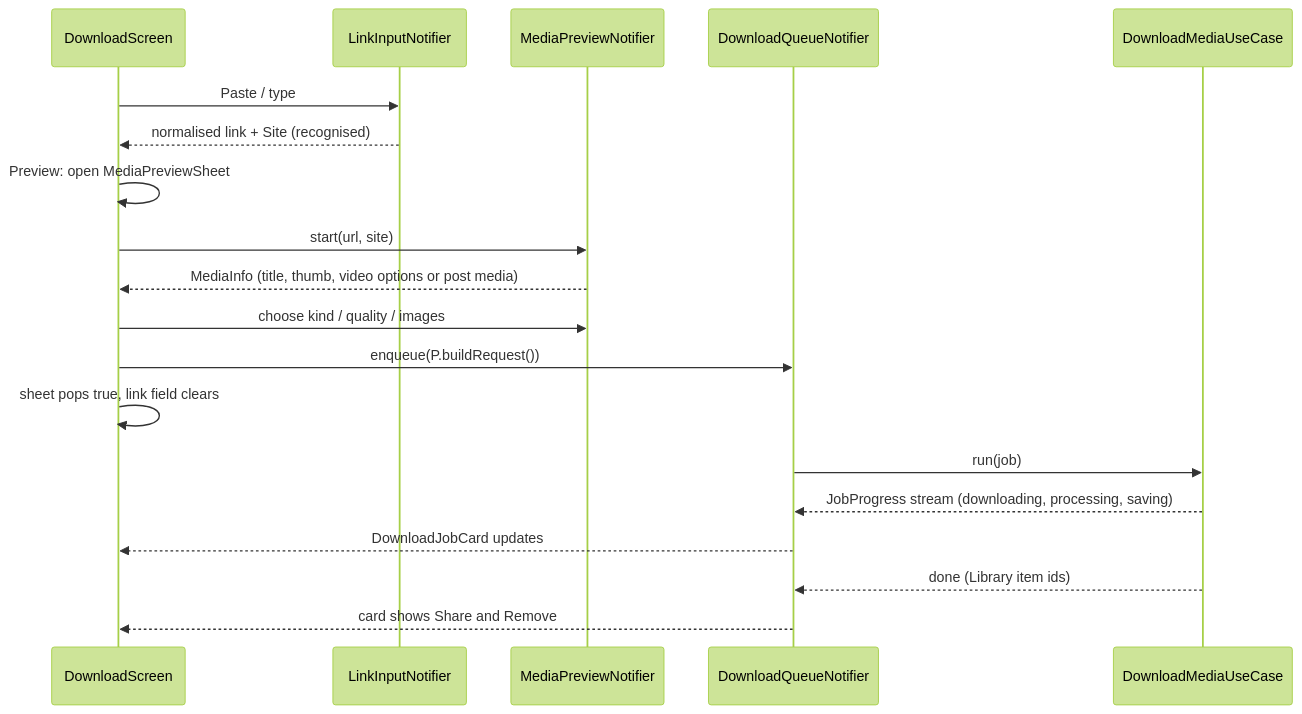
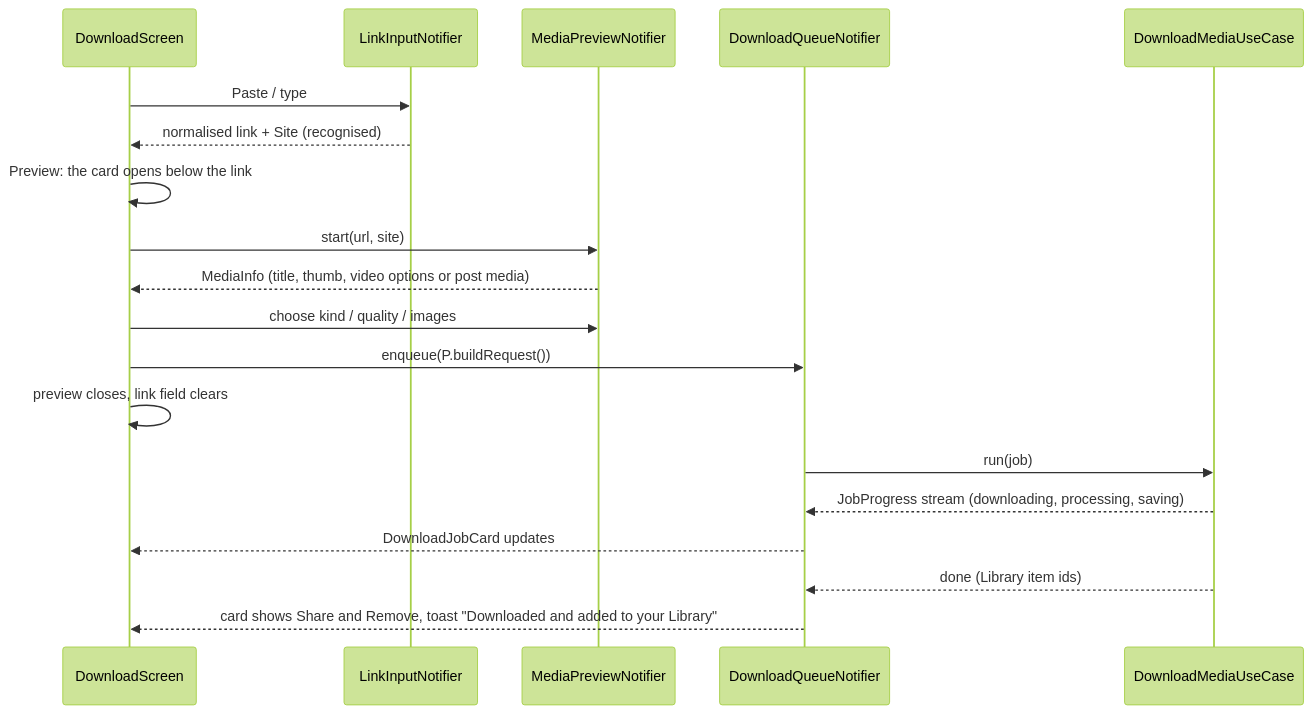
Before and after one commit to gaurishankar007/Flutter-Media-Downloader: the diagram in docs/features/download.md, drawn with Mermaid (forest theme). The commit also changed other lines of this file and 10 other files, not shown here.

Commit message:
docs: inline preview, YouTube posts, share links and login errors.

````diff
--- a/docs/features/download.md
+++ b/docs/features/download.md
@@ -42,21 +43,21 @@
 ```mermaid
 sequenceDiagram
     participant V as DownloadScreen
     participant L as LinkInputNotifier
     participant P as MediaPreviewNotifier
     participant Q as DownloadQueueNotifier
     participant U as DownloadMediaUseCase
     V->>L: Paste / type
     L-->>V: normalised link + Site (recognised)
-    V->>V: Preview: open MediaPreviewSheet
+    V->>V: Preview: the card opens below the link
     V->>P: start(url, site)
     P-->>V: MediaInfo (title, thumb, video options or post media)
     V->>P: choose kind / quality / images
     V->>Q: enqueue(P.buildRequest())
-    V->>V: sheet pops true, link field clears
+    V->>V: preview closes, link field clears
     Q->>U: run(job)
     U-->>Q: JobProgress stream (downloading, processing, saving)
     Q-->>V: DownloadJobCard updates
     U-->>Q: done (Library item ids)
-    Q-->>V: card shows Share and Remove
+    Q-->>V: card shows Share and Remove, toast "Downloaded and added to your Library"
 ```
````
